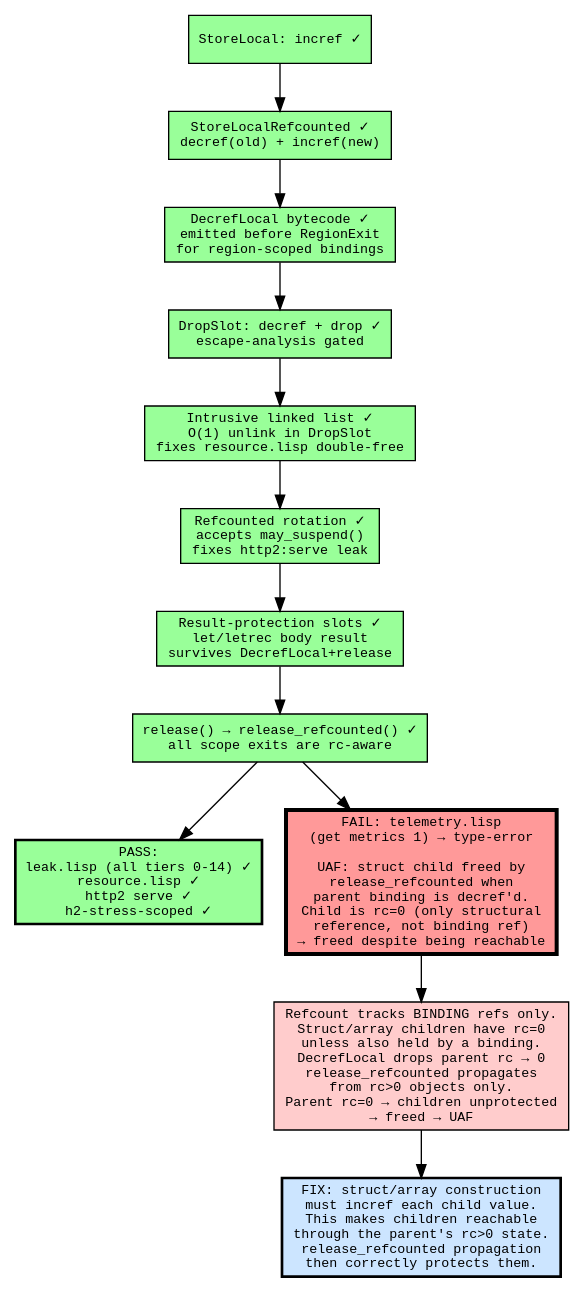
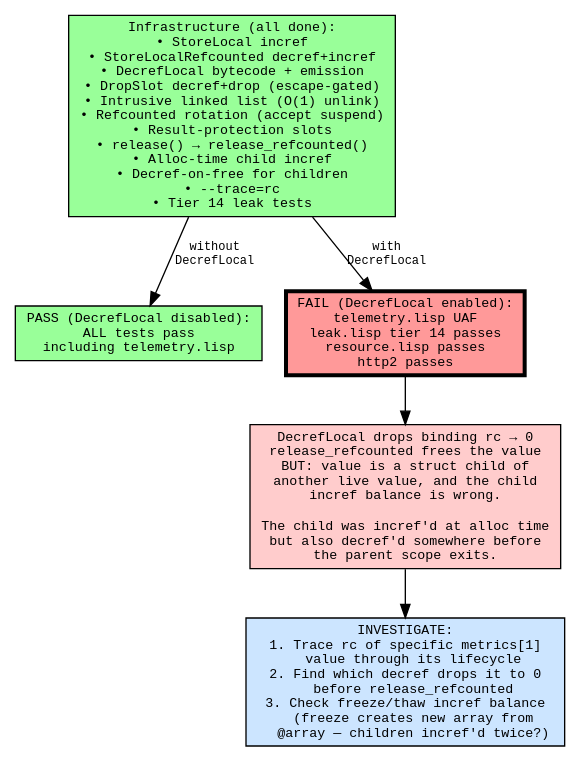
Before and after one commit to elle-lisp/elle: the diagram in reports/jit-hang-debug.dot, drawn with Graphviz. The commit also changed 2 other files, not shown here.

Commit message:
Remove BUG debug check in slab::dealloc
The rc>0 check confirmed that no slot is being freed with rc>0.
The UAF is from a value that SHOULD have rc>0 (structurally
reachable) but was decref'd to 0 before release_refcounted.

Investigation state: alloc-time child incref is working (verified
with --trace=rc). The refcount balance is off for some specific
allocation pattern in lib/telemetry.lisp. Need to trace the exact
value lifecycle to find the extra decref.

```diff
--- a/reports/jit-hang-debug.dot
+++ b/reports/jit-hang-debug.dot
@@ -1,33 +1,25 @@
 digraph refcount_protocol {
     rankdir=TB;
     node [shape=box, style=filled, fontname="monospace", fontsize=10];
     edge [fontname="monospace", fontsize=9];
 
-    // ── Completed ────────────────────────────────────────────────
-    s1 [label="StoreLocal: incref ✓", fillcolor="#99ff99"];
-    s2 [label="StoreLocalRefcounted ✓\ndecref(old) + incref(new)", fillcolor="#99ff99"];
-    s3 [label="DecrefLocal bytecode ✓\nemitted before RegionExit\nfor region-scoped bindings", fillcolor="#99ff99"];
-    s4 [label="DropSlot: decref + drop ✓\nescape-analysis gated", fillcolor="#99ff99"];
-    s5 [label="Intrusive linked list ✓\nO(1) unlink in DropSlot\nfixes resource.lisp double-free", fillcolor="#99ff99"];
-    s6 [label="Refcounted rotation ✓\naccepts may_suspend()\nfixes http2:serve leak", fillcolor="#99ff99"];
-    s7 [label="Result-protection slots ✓\nlet/letrec body result\nsurvives DecrefLocal+release", fillcolor="#99ff99"];
-    s8 [label="release() → release_refcounted() ✓\nall scope exits are rc-aware", fillcolor="#99ff99"];
+    // ── Completed infrastructure ─────────────────────────────────
+    infra [label="Infrastructure (all done):\n• StoreLocal incref\n• StoreLocalRefcounted decref+incref\n• DecrefLocal bytecode + emission\n• DropSlot decref+drop (escape-gated)\n• Intrusive linked list (O(1) unlink)\n• Refcounted rotation (accept suspend)\n• Result-protection slots\n• release() → release_refcounted()\n• Alloc-time child incref\n• Decref-on-free for children\n• --trace=rc\n• Tier 14 leak tests", fillcolor="#99ff99"];
 
-    // ── Test status ──────────────────────────────────────────────
-    pass [label="PASS:\nleak.lisp (all tiers 0-14) ✓\nresource.lisp ✓\nhttp2 serve ✓\nh2-stress-scoped ✓", fillcolor="#99ff99", penwidth=2];
+    // ── What passes ──────────────────────────────────────────────
+    pass [label="PASS (DecrefLocal disabled):\nALL tests pass\nincluding telemetry.lisp", fillcolor="#99ff99"];
 
-    // ── Current blocker ──────────────────────────────────────────
-    blocker [label="FAIL: telemetry.lisp\n(get metrics 1) → type-error\n\nUAF: struct child freed by\nrelease_refcounted when\nparent binding is decref'd.\nChild is rc=0 (only structural\nreference, not binding ref)\n→ freed despite being reachable", fillcolor="#ff9999", penwidth=3];
+    // ── What fails ───────────────────────────────────────────────
+    fail [label="FAIL (DecrefLocal enabled):\ntelemetry.lisp UAF\nleak.lisp tier 14 passes\nresource.lisp passes\nhttp2 passes", fillcolor="#ff9999", penwidth=3];
 
     // ── Root cause ───────────────────────────────────────────────
-    cause [label="Refcount tracks BINDING refs only.\nStruct/array children have rc=0\nunless also held by a binding.\nDecrefLocal drops parent rc → 0\nrelease_refcounted propagates\nfrom rc>0 objects only.\nParent rc=0 → children unprotected\n→ freed → UAF", fillcolor="#ffcccc"];
+    cause [label="DecrefLocal drops binding rc → 0\nrelease_refcounted frees the value\nBUT: value is a struct child of\nanother live value, and the child\nincref balance is wrong.\n\nThe child was incref'd at alloc time\nbut also decref'd somewhere before\nthe parent scope exits.", fillcolor="#ffcccc"];
 
-    // ── Fix ──────────────────────────────────────────────────────
-    fix [label="FIX: struct/array construction\nmust incref each child value.\nThis makes children reachable\nthrough the parent's rc>0 state.\nrelease_refcounted propagation\nthen correctly protects them.", fillcolor="#cce5ff", penwidth=2];
+    // ── Investigation needed ─────────────────────────────────────
+    invest [label="INVESTIGATE:\n1. Trace rc of specific metrics[1]\n   value through its lifecycle\n2. Find which decref drops it to 0\n   before release_refcounted\n3. Check freeze/thaw incref balance\n   (freeze creates new array from\n   @array — children incref'd twice?)", fillcolor="#cce5ff"];
 
     // ── Edges ────────────────────────────────────────────────────
-    s1 -> s2 -> s3 -> s4 -> s5 -> s6 -> s7 -> s8;
-    s8 -> pass;
-    s8 -> blocker;
-    blocker -> cause -> fix;
+    infra -> pass [label="without\nDecrefLocal"];
+    infra -> fail [label="with\nDecrefLocal"];
+    fail -> cause -> invest;
 }
```
